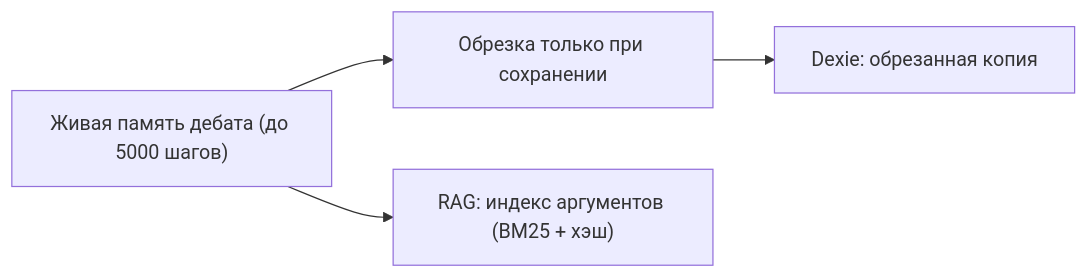
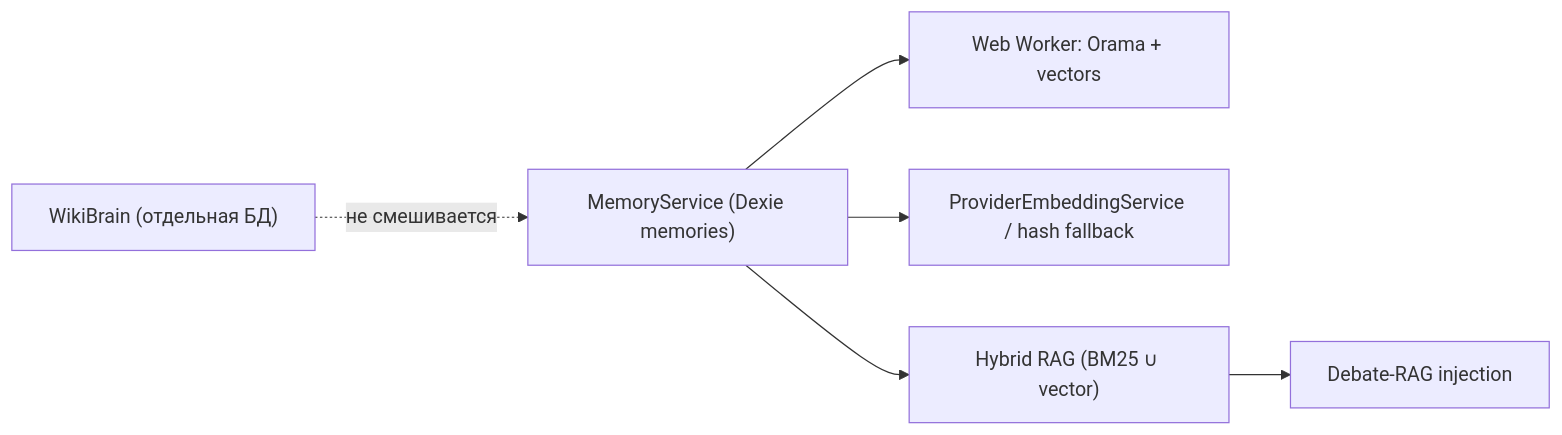
The diagram in docs/wiki/memory.md (egilyad/ai-os-new), drawn with Mermaid before and after one commit. The commit also changed other lines of this file and 7 other files, not shown here.

Commit message:
docs(memory): deep wiki articles, audit and roadmap

````diff
--- a/docs/wiki/memory.md
+++ b/docs/wiki/memory.md
@@ -16,6 +18,8 @@
 ```mermaid
 flowchart LR
-    L["Живая память дебата (до 5000 шагов)"] --> T["Обрезка только при сохранении"]
-    T --> D["Dexie: обрезанная копия"]
-    L --> R["RAG: индекс аргументов (BM25 + хэш)"]
+    M["MemoryService (Dexie memories)"] --> W["Web Worker: Orama + vectors"]
+    M --> P["ProviderEmbeddingService / hash fallback"]
+    M --> R["Hybrid RAG (BM25 ∪ vector)"]
+    R --> D["Debate-RAG injection"]
+    B["WikiBrain (отдельная БД)"] -. не смешивается .-> M
 ```
````
